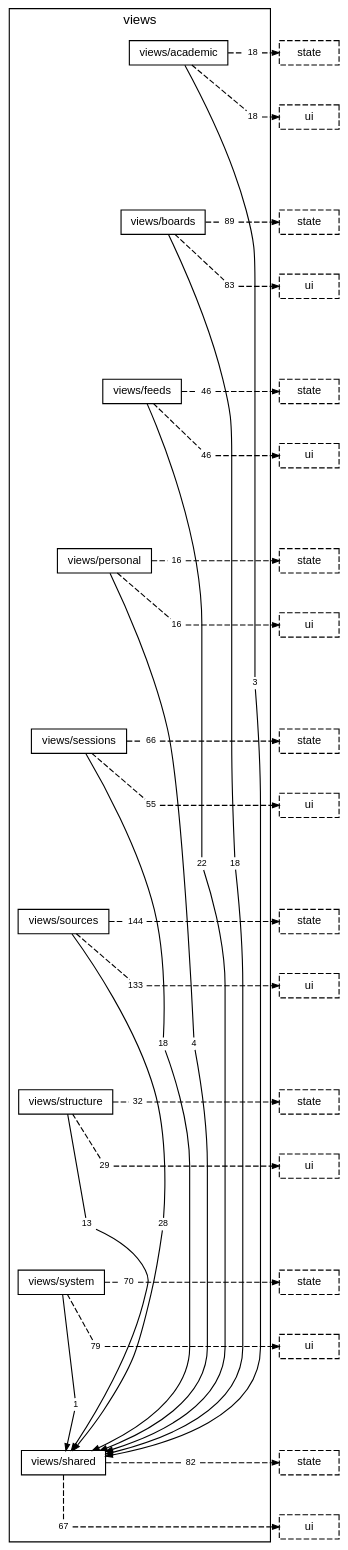
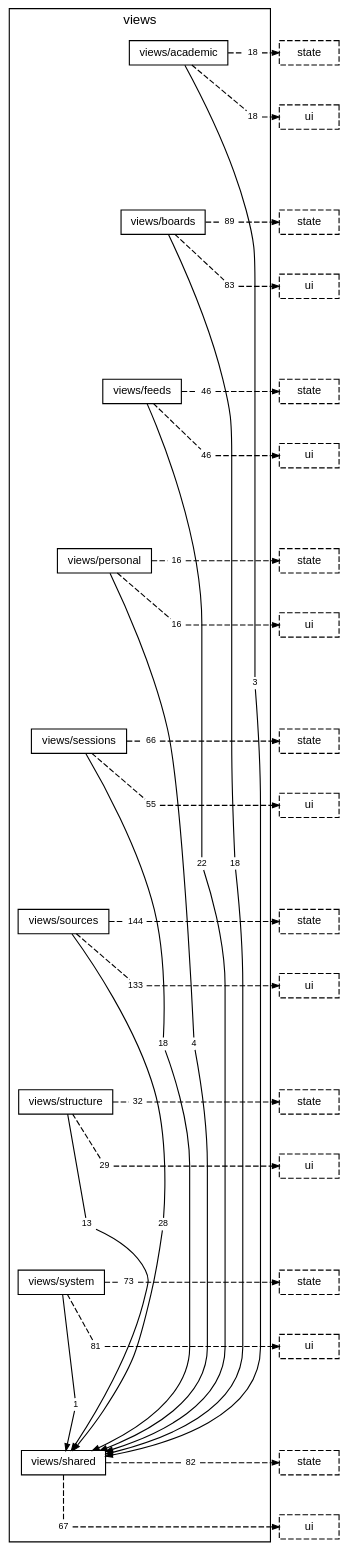
Before and after one commit to TheAxeC/oculus: the diagram in docs/diagrams/layer-views.dot, drawn with Graphviz. The commit also changed 37 other files, not shown here.

```diff
--- a/docs/diagrams/layer-views.dot
+++ b/docs/diagrams/layer-views.dot
@@ -35,8 +35,8 @@
         "folder views/structure to layer state" [label="32", shape=box, color="transparent", fontsize=8, width=0, height=0, margin="0.04,0.02"];
         "folder views/structure to layer ui" [label="29", shape=box, color="transparent", fontsize=8, width=0, height=0, margin="0.04,0.02"];
         "folder views/system to folder views/shared" [label="1", shape=box, color="transparent", fontsize=8, width=0, height=0, margin="0.04,0.02"];
-        "folder views/system to layer state" [label="70", shape=box, color="transparent", fontsize=8, width=0, height=0, margin="0.04,0.02"];
-        "folder views/system to layer ui" [label="79", shape=box, color="transparent", fontsize=8, width=0, height=0, margin="0.04,0.02"];
+        "folder views/system to layer state" [label="73", shape=box, color="transparent", fontsize=8, width=0, height=0, margin="0.04,0.02"];
+        "folder views/system to layer ui" [label="81", shape=box, color="transparent", fontsize=8, width=0, height=0, margin="0.04,0.02"];
         "folder views/shared to layer state" [label="82", shape=box, color="transparent", fontsize=8, width=0, height=0, margin="0.04,0.02"];
         "folder views/shared to layer ui" [label="67", shape=box, color="transparent", fontsize=8, width=0, height=0, margin="0.04,0.02"];
     }
```
